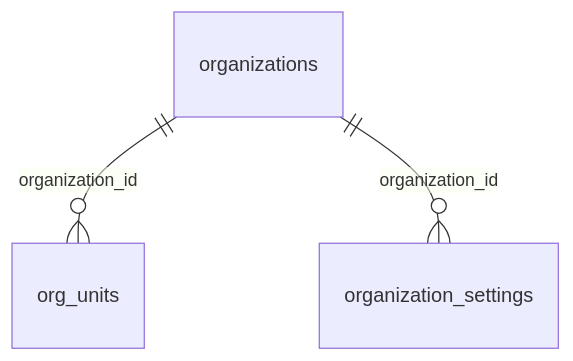
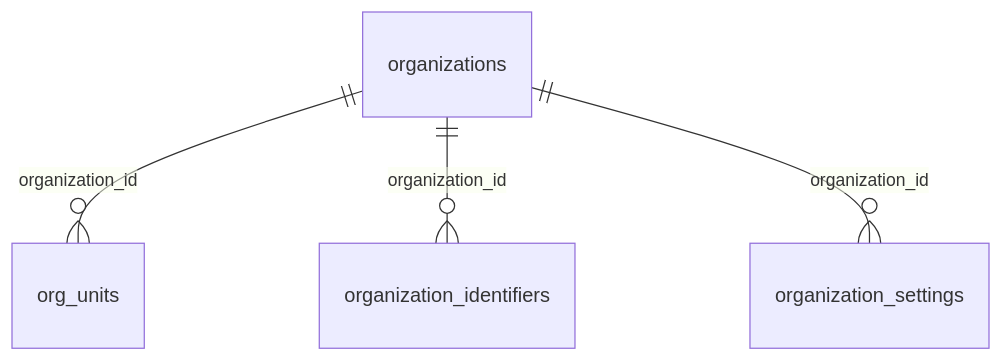
The first of 10 diagrams in docs/schema-design.md (chenson42/presby), drawn with Mermaid before and after one commit. The commit also changed other lines of this file and 61 other files, not shown here.

````diff
--- a/docs/schema-design.md
+++ b/docs/schema-design.md
@@ -98,5 +98,6 @@
 ```mermaid
 erDiagram
   organizations ||--o{ org_units : "organization_id"
+  organizations ||--o{ organization_identifiers : "organization_id"
   organizations ||--o{ organization_settings : "organization_id"
 ```
````
